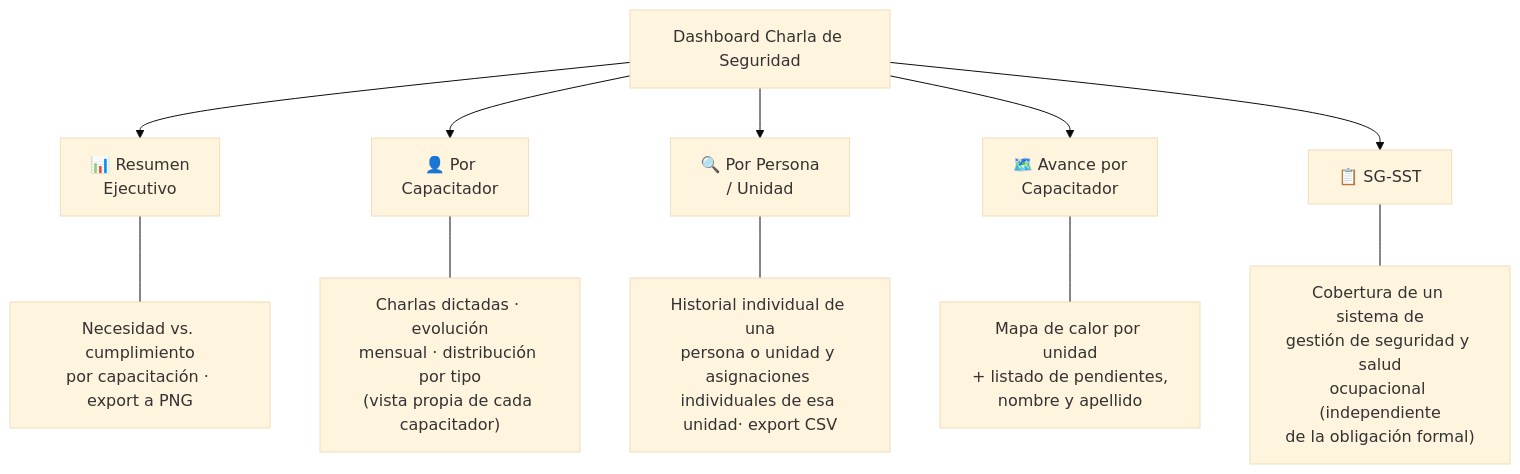
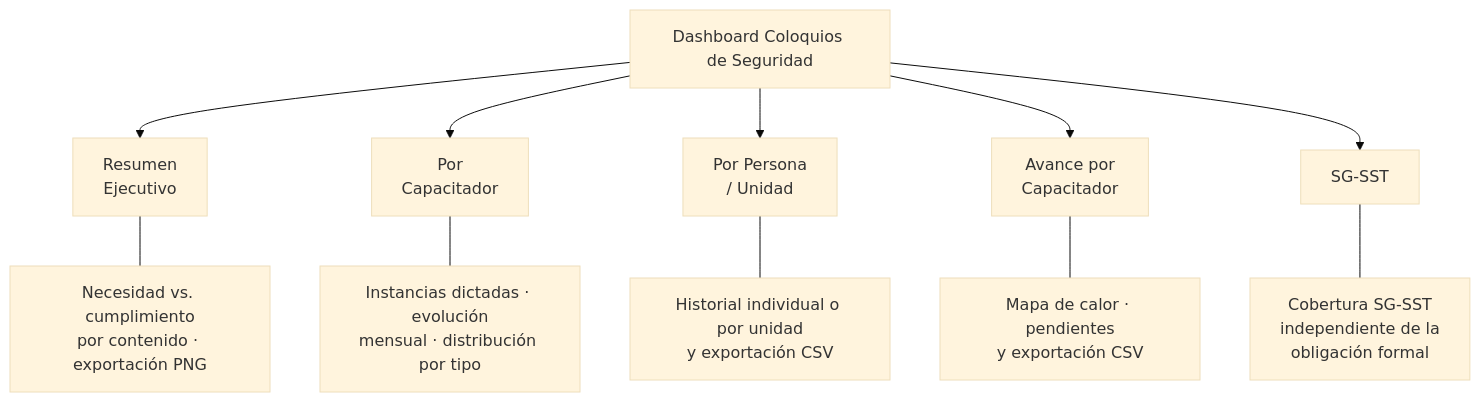
The fourth of 5 diagrams in charla-5-min/README.md (jminolli-e/case-studies), drawn with Mermaid (base theme) before and after one commit. The commit also changed other lines of this file, not shown here.

````diff
--- a/charla-5-min/README.md
+++ b/charla-5-min/README.md
@@ -171,14 +171,14 @@
 ```mermaid
 flowchart TD
-    APP["Dashboard Charla de Seguridad"] --> T1["📊 Resumen<br/>Ejecutivo"]
-    APP --> T2["👤 Por<br/>Capacitador"]
-    APP --> T3["🔍 Por Persona<br/>/ Unidad"]
-    APP --> T4["🗺️ Avance por<br/>Capacitador"]
-    APP --> T5["📋 SG-SST"]
+    APP["Dashboard Coloquios de Seguridad"] --> T1["Resumen<br/>Ejecutivo"]
+    APP --> T2["Por<br/>Capacitador"]
+    APP --> T3["Por Persona<br/>/ Unidad"]
+    APP --> T4["Avance por<br/>Capacitador"]
+    APP --> T5["SG-SST"]
 
-    T1 --- T1d["Necesidad vs. cumplimiento<br/>por capacitación · export a PNG"]
-    T2 --- T2d["Charlas dictadas · evolución<br/>mensual · distribución por tipo<br/>(vista propia de cada capacitador)"]
-    T3 --- T3d["Historial individual de una<br/>persona o unidad y asignaciones individuales de esa unidad· export CSV"]
-    T4 --- T4d["Mapa de calor por unidad<br/>+ listado de pendientes,<br/>nombre y apellido"]
-    T5 --- T5d["Cobertura de un sistema de<br/>gestión de seguridad y salud<br/>ocupacional (independiente<br/>de la obligación formal)"]
+    T1 --- T1d["Necesidad vs. cumplimiento<br/>por contenido · exportación PNG"]
+    T2 --- T2d["Instancias dictadas · evolución<br/>mensual · distribución por tipo"]
+    T3 --- T3d["Historial individual o por unidad<br/>y exportación CSV"]
+    T4 --- T4d["Mapa de calor · pendientes<br/>y exportación CSV"]
+    T5 --- T5d["Cobertura SG-SST<br/>independiente de la<br/>obligación formal"]
 ```
````
